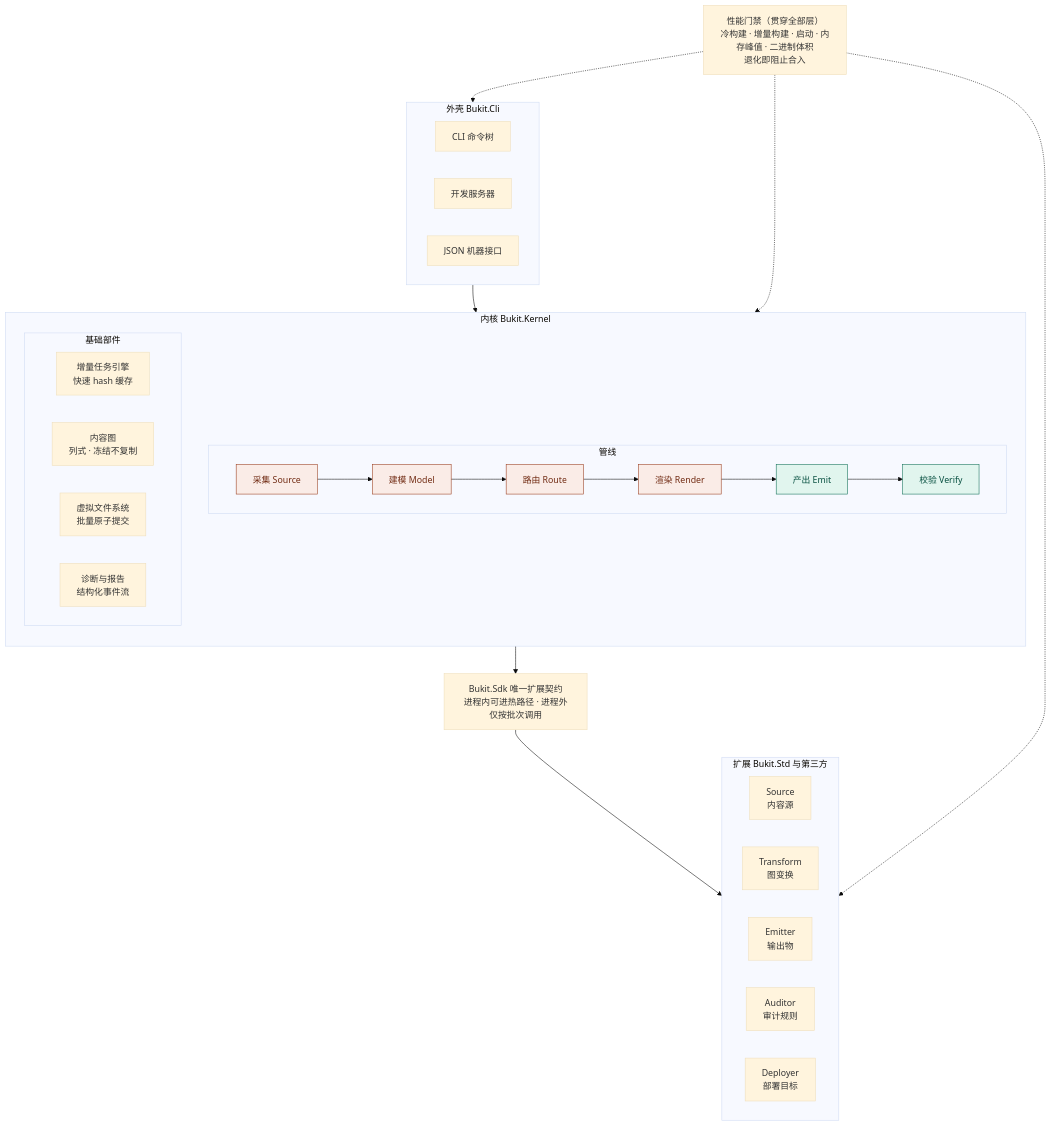
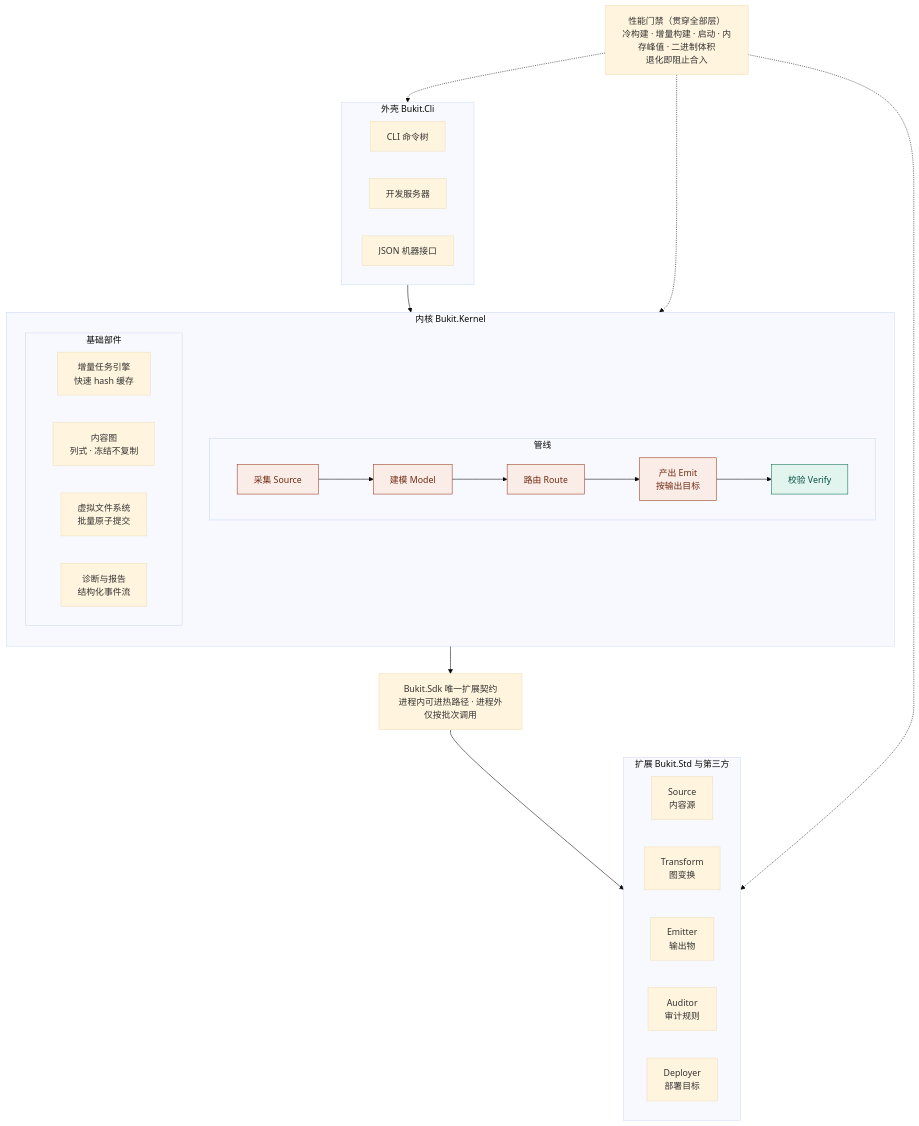
One commit to ALi365-SDN-BHD/Bukit changed the first of 3 diagrams in docs/plans/2026-11-24-bukit-3.0-architecture-design.zh-CN.md. Above: the diagram before and after it, drawn with Mermaid (base theme). The commit also changed other lines of this file, not shown here.

````diff
--- a/docs/plans/2026-11-24-bukit-3.0-architecture-design.zh-CN.md
+++ b/docs/plans/2026-11-24-bukit-3.0-architecture-design.zh-CN.md
@@ -63,46 +63,46 @@
 ```mermaid
 flowchart TB
   subgraph Shell["外壳 Bukit.Cli"]
     CLI["CLI 命令树"]
     DEV["开发服务器"]
     API["JSON 机器接口"]
   end
 
   subgraph Kernel["内核 Bukit.Kernel"]
     direction TB
     subgraph Pipeline["管线"]
       direction LR
-      S["采集 Source"] --> M["建模 Model"] --> R["路由 Route"] --> RD["渲染 Render"] --> E["产出 Emit"] --> V["校验 Verify"]
+      S["采集 Source"] --> M["建模 Model"] --> R["路由 Route"] --> E["产出 Emit<br/>按输出目标"] --> V["校验 Verify"]
     end
     subgraph Base["基础部件"]
       direction LR
       ENG["增量任务引擎<br/>快速 hash 缓存"]
       GRAPH["内容图<br/>列式 · 冻结不复制"]
       VFS["虚拟文件系统<br/>批量原子提交"]
       DIAG["诊断与报告<br/>结构化事件流"]
     end
   end
 
   SDK["Bukit.Sdk 唯一扩展契约<br/>进程内可进热路径 · 进程外仅按批次调用"]
 
   subgraph Ext["扩展 Bukit.Std 与第三方"]
     direction LR
     X1["Source<br/>内容源"]
     X2["Transform<br/>图变换"]
     X3["Emitter<br/>输出物"]
     X4["Auditor<br/>审计规则"]
     X5["Deployer<br/>部署目标"]
   end
 
   GATE["性能门禁（贯穿全部层）<br/>冷构建 · 增量构建 · 启动 · 内存峰值 · 二进制体积<br/>退化即阻止合入"]
 
   Shell --> Kernel --> SDK --> Ext
   GATE -.-> Shell
   GATE -.-> Kernel
   GATE -.-> Ext
 
   classDef hot fill:#FAECE7,stroke:#993C1D,color:#712B13
   classDef batch fill:#E1F5EE,stroke:#0F6E56,color:#085041
-  class S,M,R,RD hot
-  class E,V batch
+  class S,M,R,E hot
+  class V batch
 ```
````
